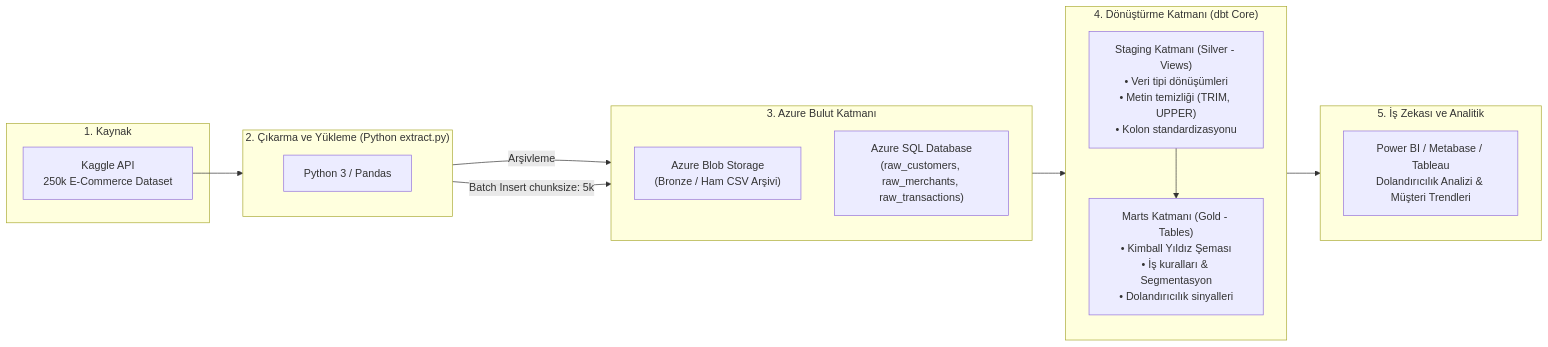
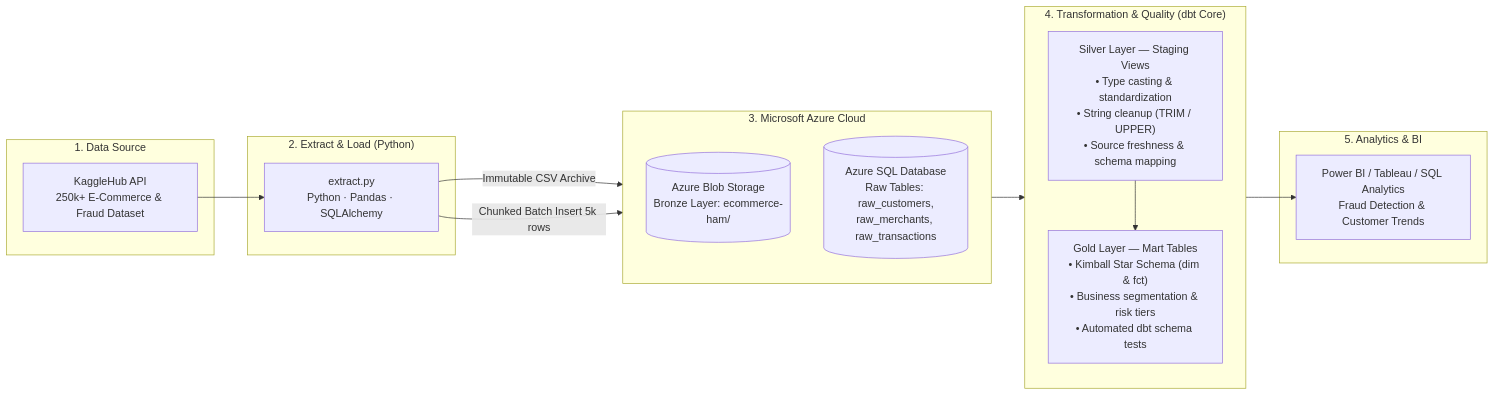
One commit to blgnr1/ecommerce-elt-azure-dbt changed the first of 2 diagrams in README.md. Above: the diagram before and after it, drawn with Mermaid. The commit also changed other lines of this file, not shown here.

````diff
--- a/README.md
+++ b/README.md
@@ -31,34 +29,32 @@
 ```mermaid
 flowchart LR
-    subgraph S["1. Kaynak"]
-        K["Kaggle API<br/>250k E-Commerce Dataset"]
+    subgraph SRC["1. Data Source"]
+        K["KaggleHub API<br/>250k+ E-Commerce & Fraud Dataset"]
     end
 
-    subgraph EL["2. Çıkarma ve Yükleme (Python extract.py)"]
-        direction TB
-        P["Python 3 / Pandas"]
+    subgraph EL["2. Extract & Load (Python)"]
+        P["extract.py<br/>Python · Pandas · SQLAlchemy"]
         K --> P
     end
 
-    subgraph CLOUD["3. Azure Bulut Katmanı"]
+    subgraph AZURE["3. Microsoft Azure Cloud"]
         direction TB
-        B["Azure Blob Storage<br/>(Bronze / Ham CSV Arşivi)"]
-        S_RAW["Azure SQL Database<br/>(raw_customers, raw_merchants, raw_transactions)"]
-        P -->|Arşivleme| B
-        P -->|Batch Insert chunksize: 5k| S_RAW
+        B[("Azure Blob Storage<br/>Bronze Layer: ecommerce-ham/")]
+        RAW[("Azure SQL Database<br/>Raw Tables: raw_customers,<br/>raw_merchants, raw_transactions")]
+        P -->|Immutable CSV Archive| B
+        P -->|Chunked Batch Insert 5k rows| RAW
     end
 
-    subgraph DBT["4. Dönüştürme Katmanı (dbt Core)"]
+    subgraph DBT["4. Transformation & Quality (dbt Core)"]
         direction TB
-        STG["Staging Katmanı (Silver - Views)<br/>• Veri tipi dönüşümleri<br/>• Metin temizliği (TRIM, UPPER)<br/>• Kolon standardizasyonu"]
-        MRT["Marts Katmanı (Gold - Tables)<br/>• Kimball Yıldız Şeması<br/>• İş kuralları & Segmentasyon<br/>• Dolandırıcılık sinyalleri"]
-        S_RAW --> STG
+        STG["Silver Layer — Staging Views<br/>• Type casting & standardization<br/>• String cleanup (TRIM / UPPER)<br/>• Source freshness & schema mapping"]
+        MRT["Gold Layer — Mart Tables<br/>• Kimball Star Schema (dim & fct)<br/>• Business segmentation & risk tiers<br/>• Automated dbt schema tests"]
+        RAW --> STG
         STG --> MRT
     end
 
-    subgraph BI["5. İş Zekası ve Analitik"]
-        direction TB
-        DASH["Power BI / Metabase / Tableau<br/>Dolandırıcılık Analizi & Müşteri Trendleri"]
+    subgraph BI["5. Analytics & BI"]
+        DASH["Power BI / Tableau / SQL Analytics<br/>Fraud Detection & Customer Trends"]
         MRT --> DASH
     end
 ```
````
